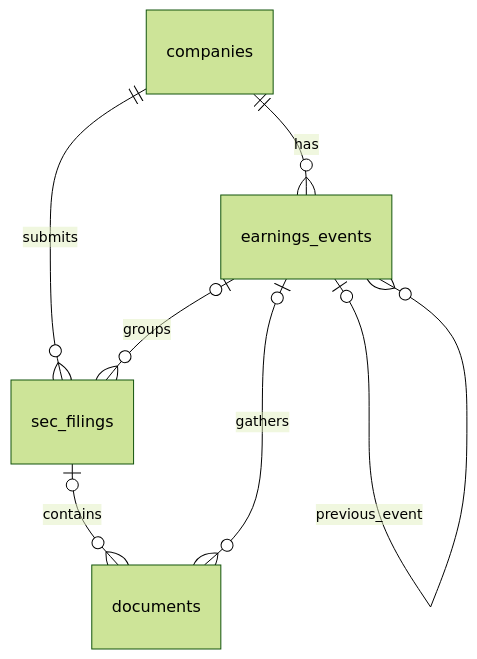
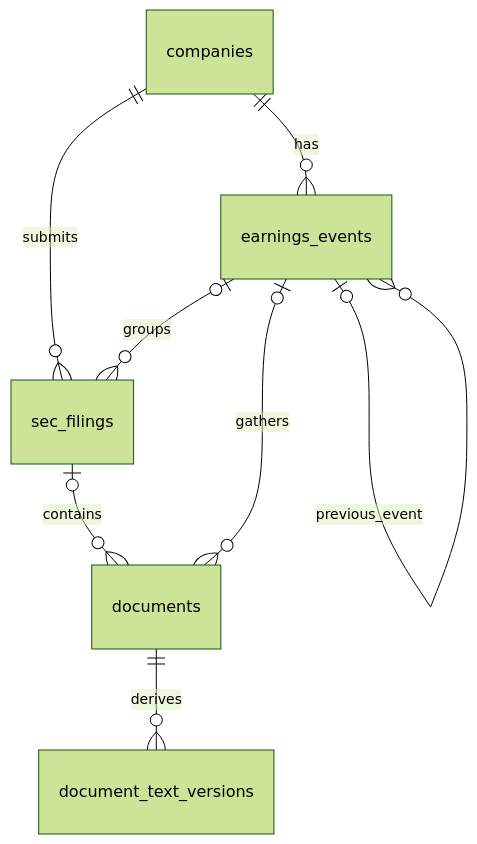
Before and after one commit to thstamod/chiron-core: the tenth of 13 diagrams in docs/visual-guide.md, drawn with Mermaid (forest theme). The commit also changed other lines of this file and 17 other files, not shown here.

Commit message:
feat(worker): add versioned SEC document text extraction

````diff
--- a/docs/visual-guide.md
+++ b/docs/visual-guide.md
@@ -232,9 +263,10 @@
 ```mermaid
 erDiagram
     companies ||--o{ sec_filings : submits
     companies ||--o{ earnings_events : has
     earnings_events o|--o{ sec_filings : groups
     sec_filings o|--o{ documents : contains
     earnings_events o|--o{ documents : gathers
+    documents ||--o{ document_text_versions : derives
     earnings_events o|--o{ earnings_events : previous_event
 ```
````
